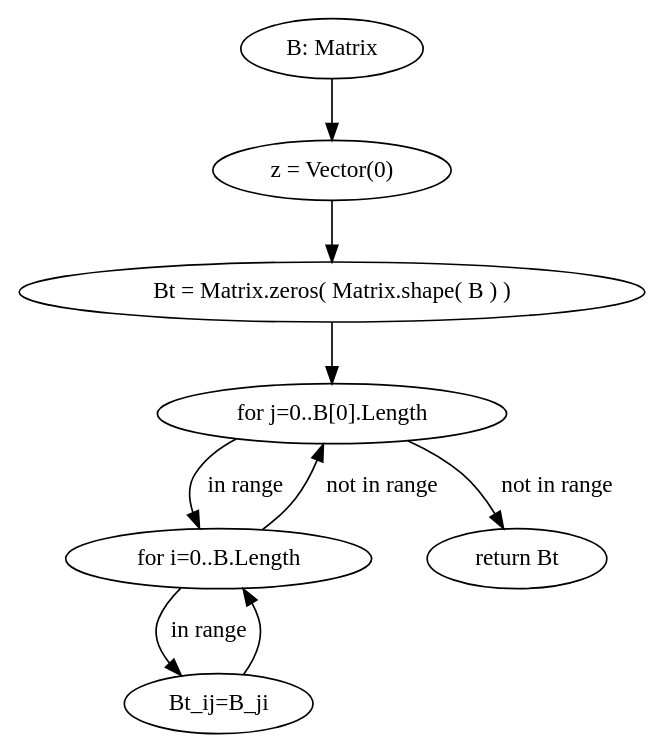
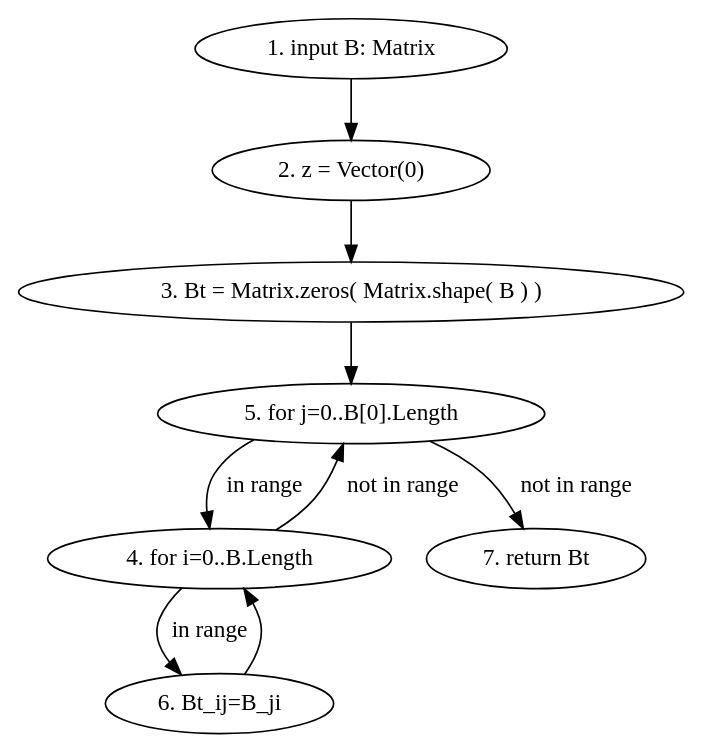
The diagram in test_graphs/scripts/matrix/baseTranspose.dot (drakexcaptainop/p5t), drawn with Graphviz before and after one commit. The commit also changed 46 other files, not shown here.

Commit message:
scripts for graphs

```diff
--- a/test_graphs/scripts/matrix/baseTranspose.dot
+++ b/test_graphs/scripts/matrix/baseTranspose.dot
@@ -1,17 +1,17 @@
 digraph G {
-   INP [label="B: Matrix"]
-   SET1 [label="z = Vector(0)"]
-   SET2 [label="Bt = Matrix.zeros( Matrix.shape( B ) )"]
-   FOR_INN [label="for i=0..B.Length"]
-   FOR_EXT [label="for j=0..B[0].Length"]
-   SET [label="Bt_ij=B_ji"]
-   RET [label="return Bt"]
+   INP [label="1. input B: Matrix"]
+   SET1 [label="2. z = Vector(0)"]
+   SET2 [label="3. Bt = Matrix.zeros( Matrix.shape( B ) )"]
+   FOR_INN [label="4. for i=0..B.Length"]
+   FOR_EXT [label="5. for j=0..B[0].Length"]
+   SET [label="6. Bt_ij=B_ji"]
+   RET [label="7. return Bt"]
 
    INP -> SET1 -> SET2 -> FOR_EXT 
    FOR_EXT -> FOR_INN [label="in range"]
    FOR_EXT -> RET [label="not in range"]
    FOR_INN -> SET [label="in range"]
    FOR_INN -> FOR_EXT [label="not in range"]
    SET -> FOR_INN
     
 }
```
